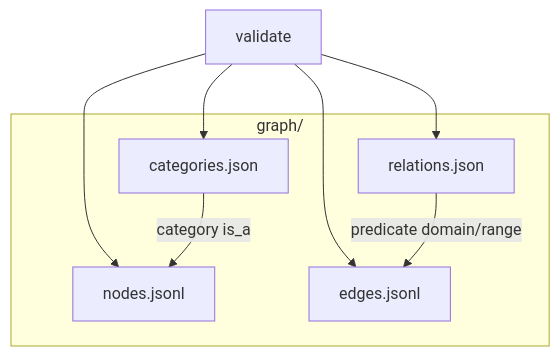
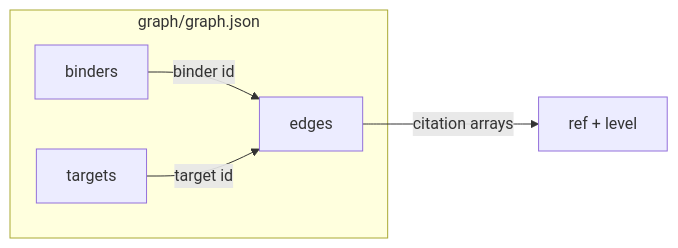
One commit to wetware-hq/catalog changed the diagram in README.md. Above: the diagram before and after it, drawn with Mermaid. The commit also changed other lines of this file and 8 other files, not shown here.

First line of the commit message:
Replace KGX jsonl graph with bigraph graph.json dictionary

````diff
--- a/README.md
+++ b/README.md
@@ -7,15 +7,11 @@
 ```mermaid
-flowchart TB
-  subgraph graph["graph/"]
-    N[nodes.jsonl]
-    E[edges.jsonl]
-    R[relations.json]
-    C[categories.json]
+flowchart LR
+  subgraph graph["graph/graph.json"]
+    B[binders]
+    T[targets]
+    E[edges]
   end
-  V[validate] --> N
-  V --> E
-  V --> R
-  V --> C
-  R -->|predicate domain/range| E
-  C -->|category is_a| N
+  B -->|binder id| E
+  T -->|target id| E
+  E -->|citation arrays| C["ref + level"]
 ```
````
